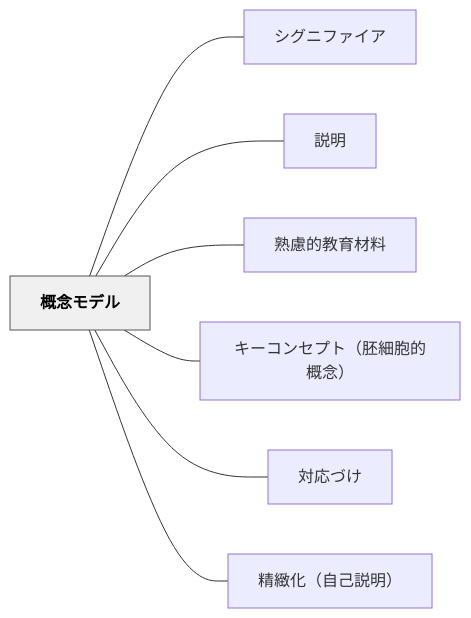
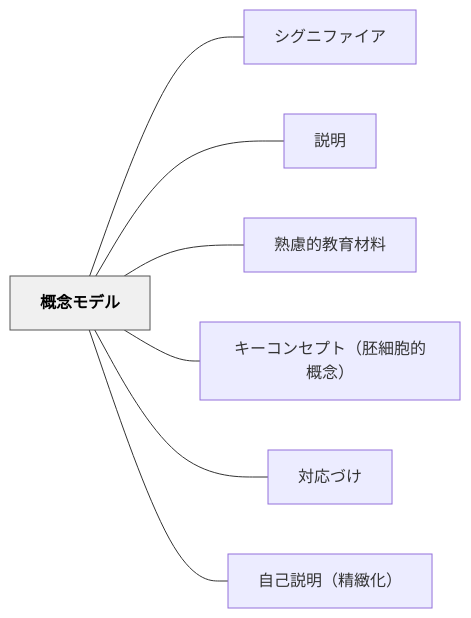
One commit to unknownthings-ed-patterns/unknownthings-ed-patterns changed the diagram in content/パタン/概念モデル.md. Above: the diagram before and after it, drawn with Mermaid. The commit also changed other lines of this file and 19 other files, not shown here.

````diff
--- a/content/パタン/概念モデル.md
+++ b/content/パタン/概念モデル.md
@@ -47,20 +47,20 @@
 ```mermaid
 flowchart LR
     ne6a682e5bfb5e383a2e38387e383ab["概念モデル"]
     ne382b7e382b0e3838be38395e382a1e382a4e382a2["シグニファイア"]
     ne8aaace6988e["説明"]
     ne7869fe685aee79a84e69599e882b2e69d90e69699["熟慮的教育材料"]
     ne382ade383bce382b3e383b3e382bbe38397e38388efbc88e8839ae7b4b0e8839ee79a84e6a682e5bfb5efbc89["キーコンセプト（胚細胞的概念）"]
     ne5afbee5bf9ce381a5e38191["対応づけ"]
-    ne7b2bee7b7bbe58c96efbc88e887aae5b7b1e8aaace6988eefbc89["精緻化（自己説明）"]
+    ne887aae5b7b1e8aaace6988eefbc88e7b2bee7b7bbe58c96efbc89["自己説明（精緻化）"]
 
     ne6a682e5bfb5e383a2e38387e383ab --- ne382b7e382b0e3838be38395e382a1e382a4e382a2
     ne6a682e5bfb5e383a2e38387e383ab --- ne8aaace6988e
     ne6a682e5bfb5e383a2e38387e383ab --- ne7869fe685aee79a84e69599e882b2e69d90e69699
     ne6a682e5bfb5e383a2e38387e383ab --- ne382ade383bce382b3e383b3e382bbe38397e38388efbc88e8839ae7b4b0e8839ee79a84e6a682e5bfb5efbc89
     ne6a682e5bfb5e383a2e38387e383ab --- ne5afbee5bf9ce381a5e38191
-    ne6a682e5bfb5e383a2e38387e383ab --- ne7b2bee7b7bbe58c96efbc88e887aae5b7b1e8aaace6988eefbc89
+    ne6a682e5bfb5e383a2e38387e383ab --- ne887aae5b7b1e8aaace6988eefbc88e7b2bee7b7bbe58c96efbc89
 
     classDef hub fill:#f0f0f0,stroke:#555,color:#000,font-weight:bold
     class ne6a682e5bfb5e383a2e38387e383ab hub
 ```
````
